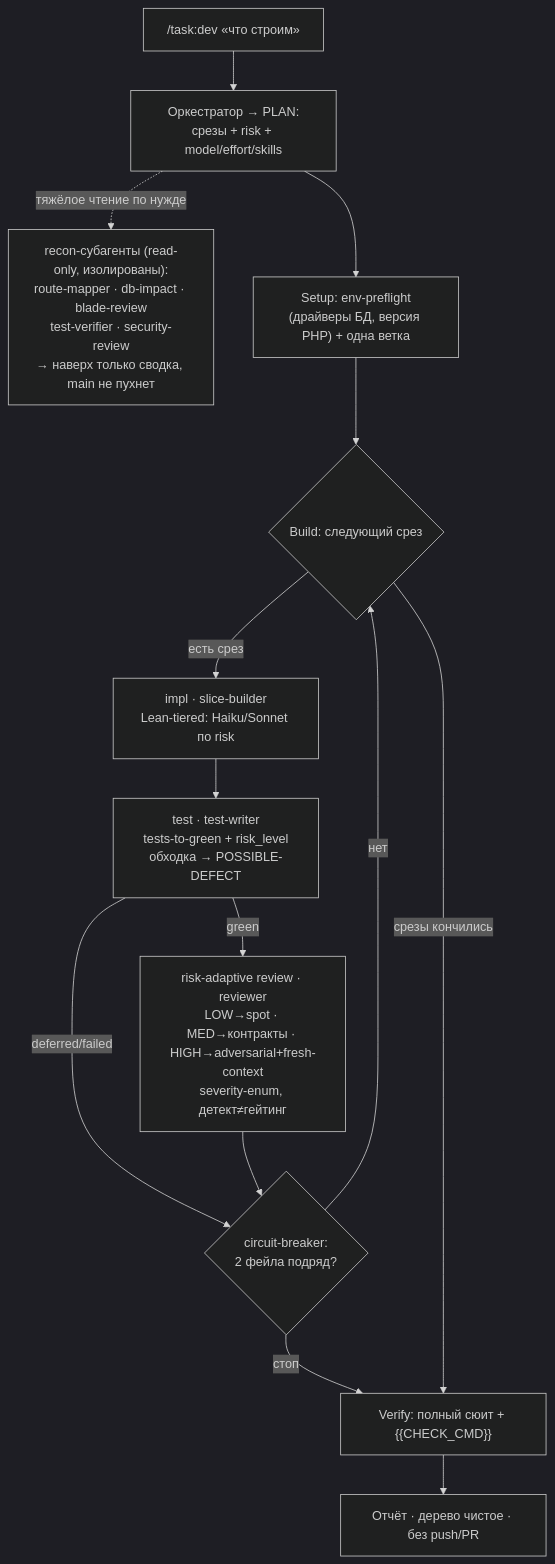
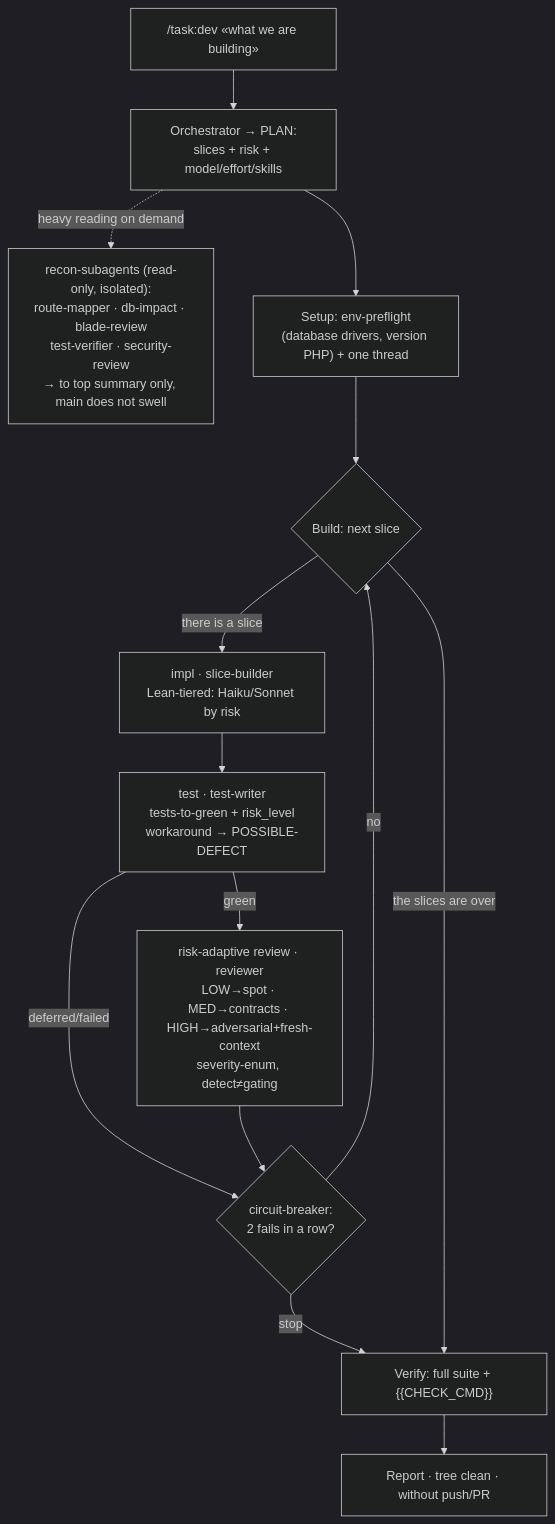
Before and after one commit to academici/swissknifeman: the diagram in packages/harness/configs/claude-code/agent-packs/backend-laravel/docs/subagents-and-workflows.md, drawn with Mermaid (dark theme). The commit also changed other lines of this file and 1553 other files, not shown here.

````diff
--- a/packages/harness/configs/claude-code/agent-packs/backend-laravel/docs/subagents-and-workflows.md
+++ b/packages/harness/configs/claude-code/agent-packs/backend-laravel/docs/subagents-and-workflows.md
@@ -31,16 +31,16 @@
 ```mermaid
 flowchart TD
-  U["/task:dev «что строим»"] --> O["Оркестратор → PLAN:<br/>срезы + risk + model/effort/skills"]
-  O -. "тяжёлое чтение по нужде" .-> REC["recon-субагенты (read-only, изолированы):<br/>route-mapper · db-impact · blade-review<br/>test-verifier · security-review<br/>→ наверх только сводка, main не пухнет"]
-  O --> SET["Setup: env-preflight<br/>(драйверы БД, версия PHP) + одна ветка"]
-  SET --> BUILD{"Build: следующий срез"}
-  BUILD -->|"есть срез"| IMPL["impl · slice-builder<br/>Lean-tiered: Haiku/Sonnet по risk"]
-  IMPL --> TEST["test · test-writer<br/>tests-to-green + risk_level<br/>обходка → POSSIBLE-DEFECT"]
-  TEST -->|"green"| REV["risk-adaptive review · reviewer<br/>LOW→spot · MED→контракты · HIGH→adversarial+fresh-context<br/>severity-enum, детект≠гейтинг"]
+  U["/task:dev «what we are building»"] --> O["Orchestrator → PLAN:<br/>slices + risk + model/effort/skills"]
+  O -. "heavy reading on demand" .-> REC["recon-subagents (read-only, isolated):<br/>route-mapper · db-impact · blade-review<br/>test-verifier · security-review<br/>→ to top summary only, main does not swell"]
+  O --> SET["Setup: env-preflight<br/>(database drivers, version PHP) + one thread"]
+  SET --> BUILD{"Build: next slice"}
+  BUILD -->|"there is a slice"| IMPL["impl · slice-builder<br/>Lean-tiered: Haiku/Sonnet by risk"]
+  IMPL --> TEST["test · test-writer<br/>tests-to-green + risk_level<br/>workaround → POSSIBLE-DEFECT"]
+  TEST -->|"green"| REV["risk-adaptive review · reviewer<br/>LOW→spot · MED→contracts · HIGH→adversarial+fresh-context<br/>severity-enum, detect≠gating"]
   TEST -->|"deferred/failed"| CB
-  REV --> CB{"circuit-breaker:<br/>2 фейла подряд?"}
-  CB -->|"нет"| BUILD
-  CB -->|"стоп"| VER
-  BUILD -->|"срезы кончились"| VER["Verify: полный сюит + {{CHECK_CMD}}"]
-  VER --> DONE["Отчёт · дерево чистое · без push/PR"]
+  REV --> CB{"circuit-breaker:<br/>2 fails in a row?"}
+  CB -->|"no"| BUILD
+  CB -->|"stop"| VER
+  BUILD -->|"the slices are over"| VER["Verify: full suite + {{CHECK_CMD}}"]
+  VER --> DONE["Report · tree clean · without push/PR"]
 ```
````
